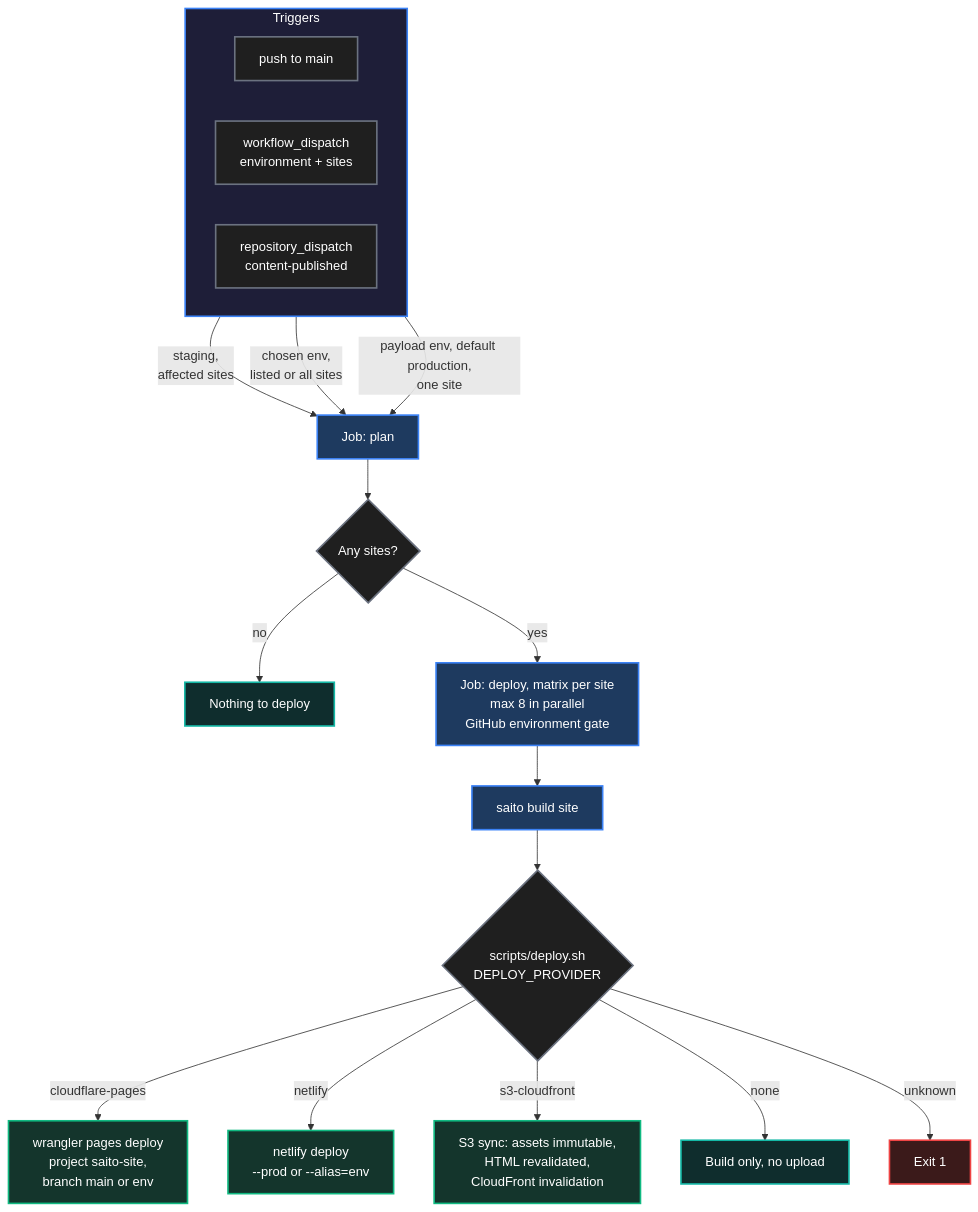
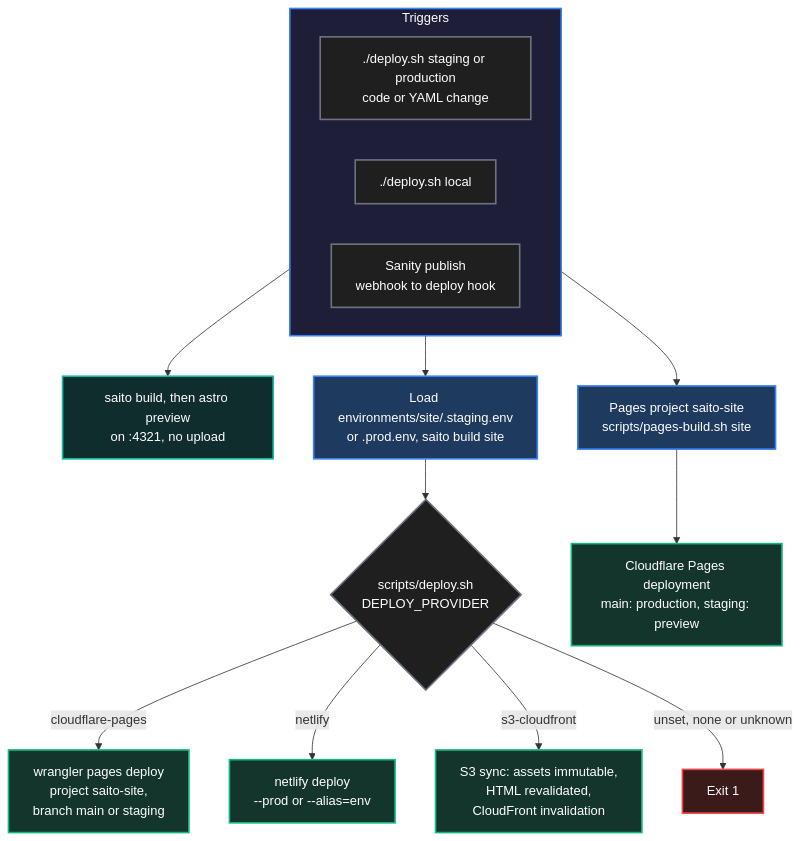
One commit to Gualtix/saito-builder changed diagram 17 of 21 in README.md. Above: the diagram before and after it, drawn with Mermaid. The commit also changed other lines of this file and 9 other files, not shown here.

Commit message:
fix: updated deploy.sh to local deploy

````diff
--- a/README.md
+++ b/README.md
@@ -705,39 +724,33 @@
 ```mermaid
 flowchart TD
   classDef blue  fill:#1e3a5f,stroke:#3b82f6,stroke-width:2px,color:#ffffff,filter:none
   classDef green fill:#14352c,stroke:#10b981,stroke-width:2px,color:#ffffff,filter:none
   classDef red   fill:#3b1a1a,stroke:#ef4444,stroke-width:2px,color:#ffffff,filter:none
   classDef teal  fill:#0f2d2d,stroke:#14b8a6,stroke-width:2px,color:#ffffff,filter:none
   classDef gray  fill:#1f1f1f,stroke:#6b7280,stroke-width:2px,color:#ffffff,filter:none
 
   subgraph Triggers["Triggers"]
     direction LR
-    T1["push to main"]
-    T2["workflow_dispatch<br>environment + sites"]
-    T3["repository_dispatch<br>content-published"]
+    T1["./deploy.sh staging or production<br>code or YAML change"]
+    T0["./deploy.sh local"]
+    T2["Sanity publish<br>webhook to deploy hook"]
   end
 
-  P["Job: plan"]
-  T1 -->|"staging,<br>affected sites"| P
-  T2 -->|"chosen env,<br>listed or all sites"| P
-  T3 -->|"payload env, default production,<br>one site"| P
-
-  P --> Q{"Any sites?"}
-  Q -->|"no"| Stop["Nothing to deploy"]
-  Q -->|"yes"| G["Job: deploy, matrix per site<br>max 8 in parallel<br>GitHub environment gate"]
-  G --> B["saito build site"]
-  B --> D{"scripts/deploy.sh<br>DEPLOY_PROVIDER"}
-  D -->|"cloudflare-pages"| C1["wrangler pages deploy<br>project saito-site,<br>branch main or env"]
+  T0 --> L["saito build, then astro preview<br>on :4321, no upload"]
+  T1 --> M["Load environments/site/.staging.env<br>or .prod.env, saito build site"]
+  M --> D{"scripts/deploy.sh<br>DEPLOY_PROVIDER"}
+  D -->|"cloudflare-pages"| C1["wrangler pages deploy<br>project saito-site,<br>branch main or staging"]
   D -->|"netlify"| C2["netlify deploy<br>--prod or --alias=env"]
   D -->|"s3-cloudfront"| C3["S3 sync: assets immutable,<br>HTML revalidated,<br>CloudFront invalidation"]
-  D -->|"none"| C4["Build only, no upload"]
-  D -->|"unknown"| C5["Exit 1"]
+  D -->|"unset, none or unknown"| C5["Exit 1"]
+  T2 --> P["Pages project saito-site<br>scripts/pages-build.sh site"]
+  P --> C4["Cloudflare Pages deployment<br>main: production, staging: preview"]
 
-  class T1,T2,T3 gray
-  class P,G,B blue
-  class Q,D gray
-  class C1,C2,C3 green
-  class C4,Stop teal
+  class T0,T1,T2 gray
+  class M,P blue
+  class D gray
+  class C1,C2,C3,C4 green
+  class L teal
   class C5 red
   style Triggers fill:#1e1e38,stroke:#3b82f6,stroke-width:2px,color:#ffffff,filter:none
 ```
````
